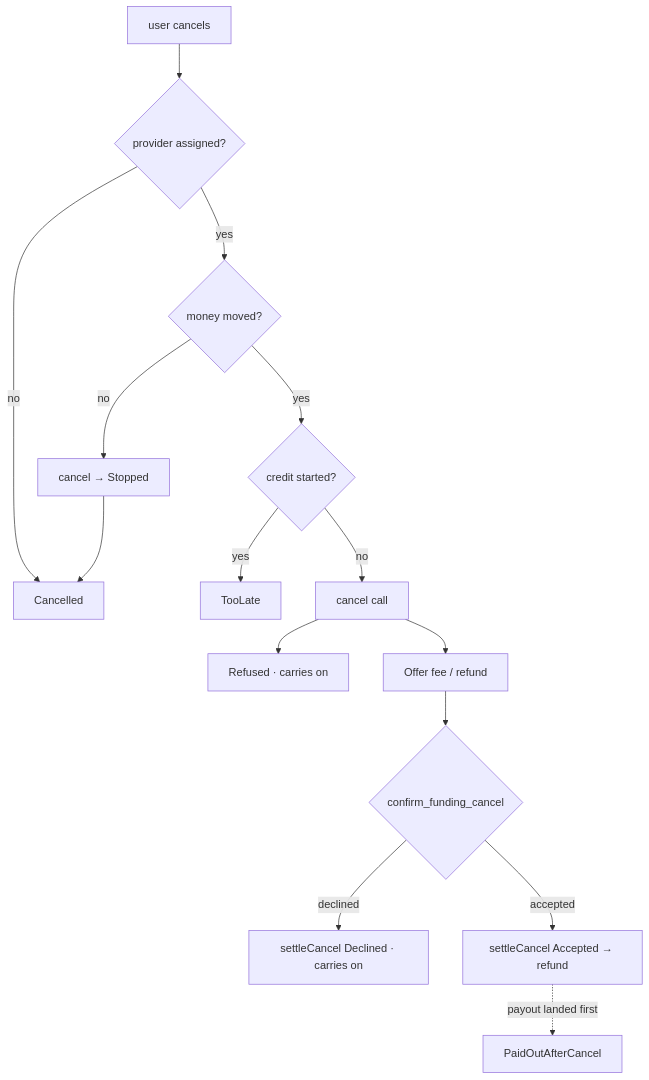
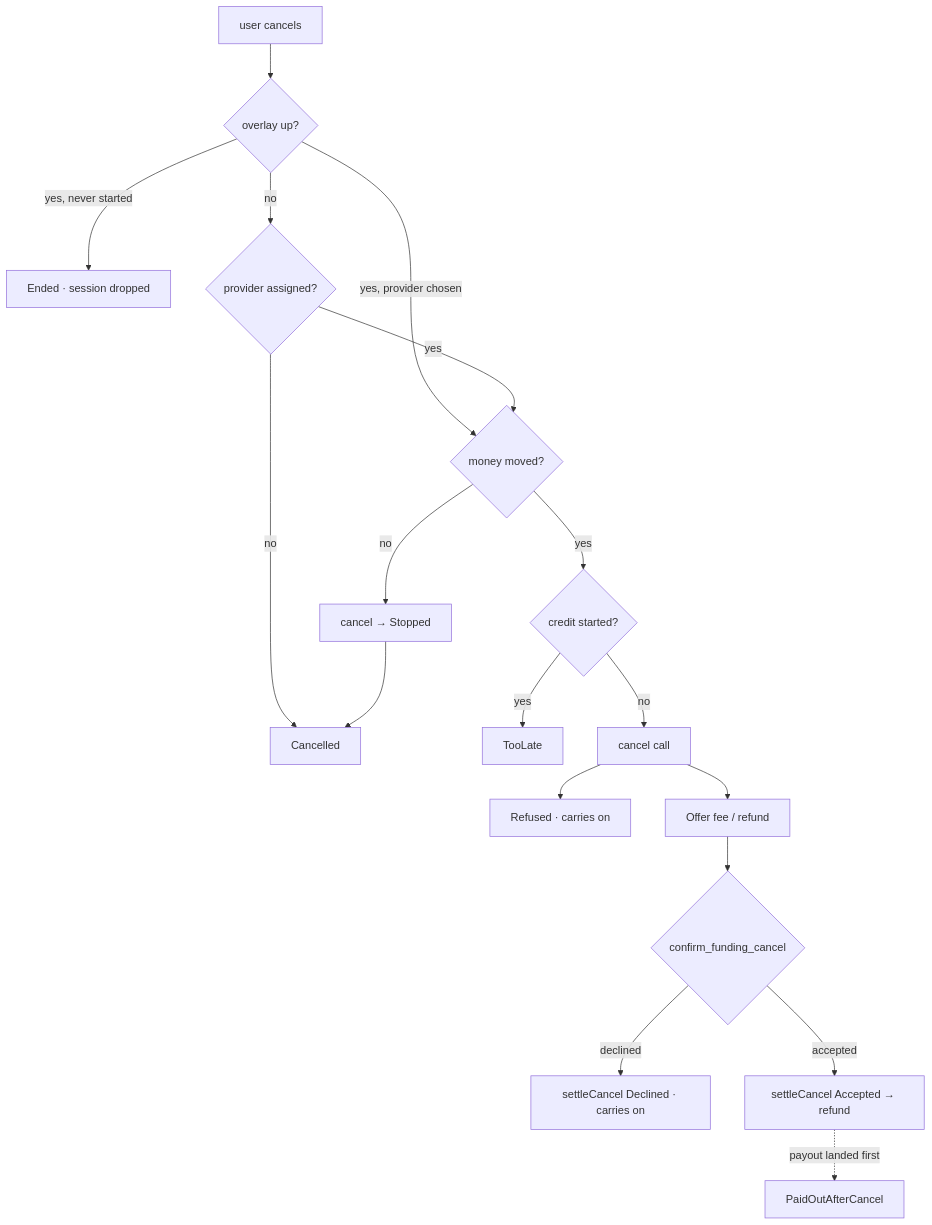
One commit to paritytech/trinity-user-agents changed the seventh of 10 diagrams in docs/design/funding-modality.md. Above: the diagram before and after it, drawn with Mermaid. The commit also changed other lines of this file, not shown here.

Commit message:
docs(design): cancel_funding works in every state, closing the overlay is not a cancel

````diff
--- a/docs/design/funding-modality.md
+++ b/docs/design/funding-modality.md
@@ -212,16 +212,19 @@
 ```mermaid
 flowchart TD
-  c[user cancels] --> assigned{provider assigned?}
+  c[user cancels] --> up{overlay up?}
+  up -- "yes, never started" --> dropped[Ended · session dropped]
+  up -- "yes, provider chosen" --> mm
+  up -- no --> assigned{provider assigned?}
   assigned -- no --> none[Cancelled]
   assigned -- yes --> mm{money moved?}
   mm -- no --> stop[cancel → Stopped] --> none
   mm -- yes --> late{credit started?}
   late -- yes --> toolate[TooLate]
   late -- no --> req[cancel call]
   req --> refused[Refused · carries on]
   req --> offer[Offer fee / refund]
   offer --> confirm{confirm_funding_cancel}
   confirm -- declined --> on[settleCancel Declined · carries on]
   confirm -- accepted --> refund[settleCancel Accepted → refund]
   refund -. payout landed first .-> paid[PaidOutAfterCancel]
 ```
````
